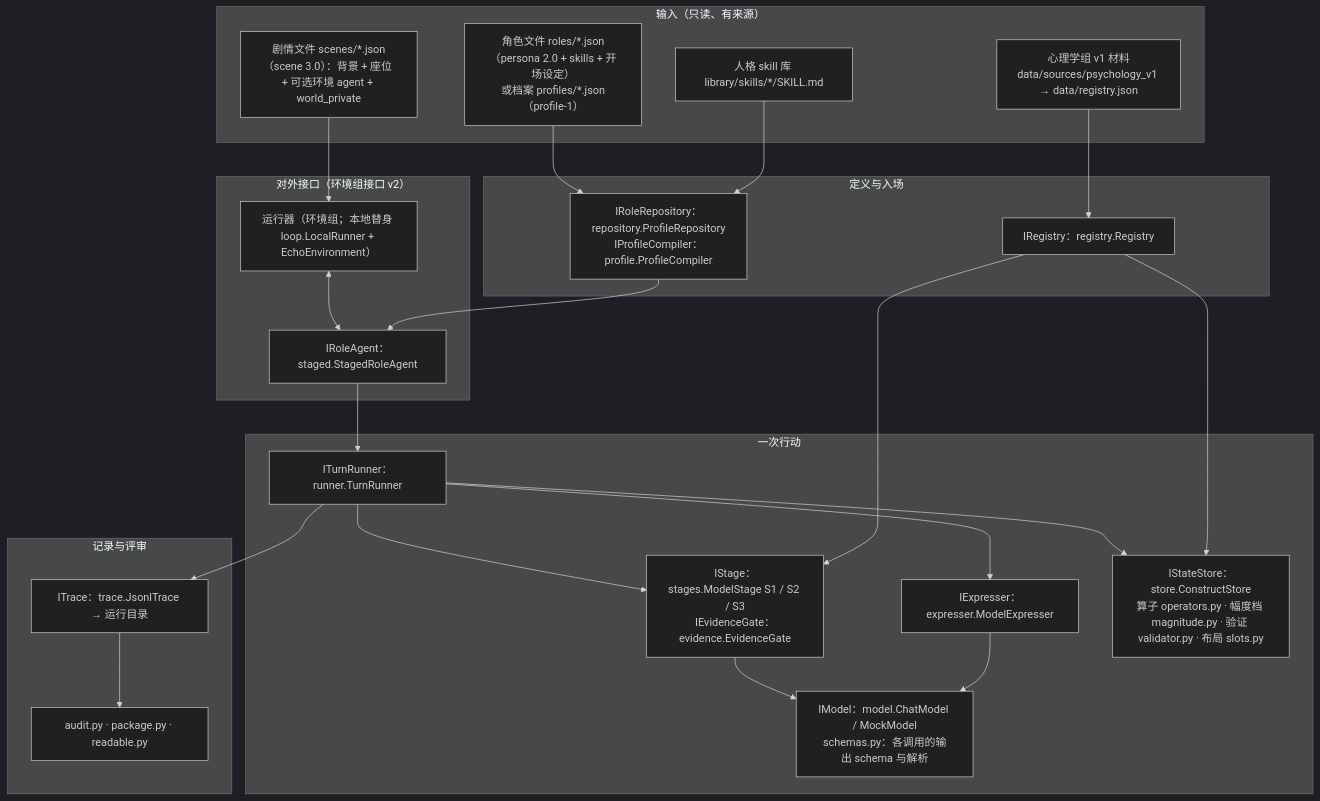
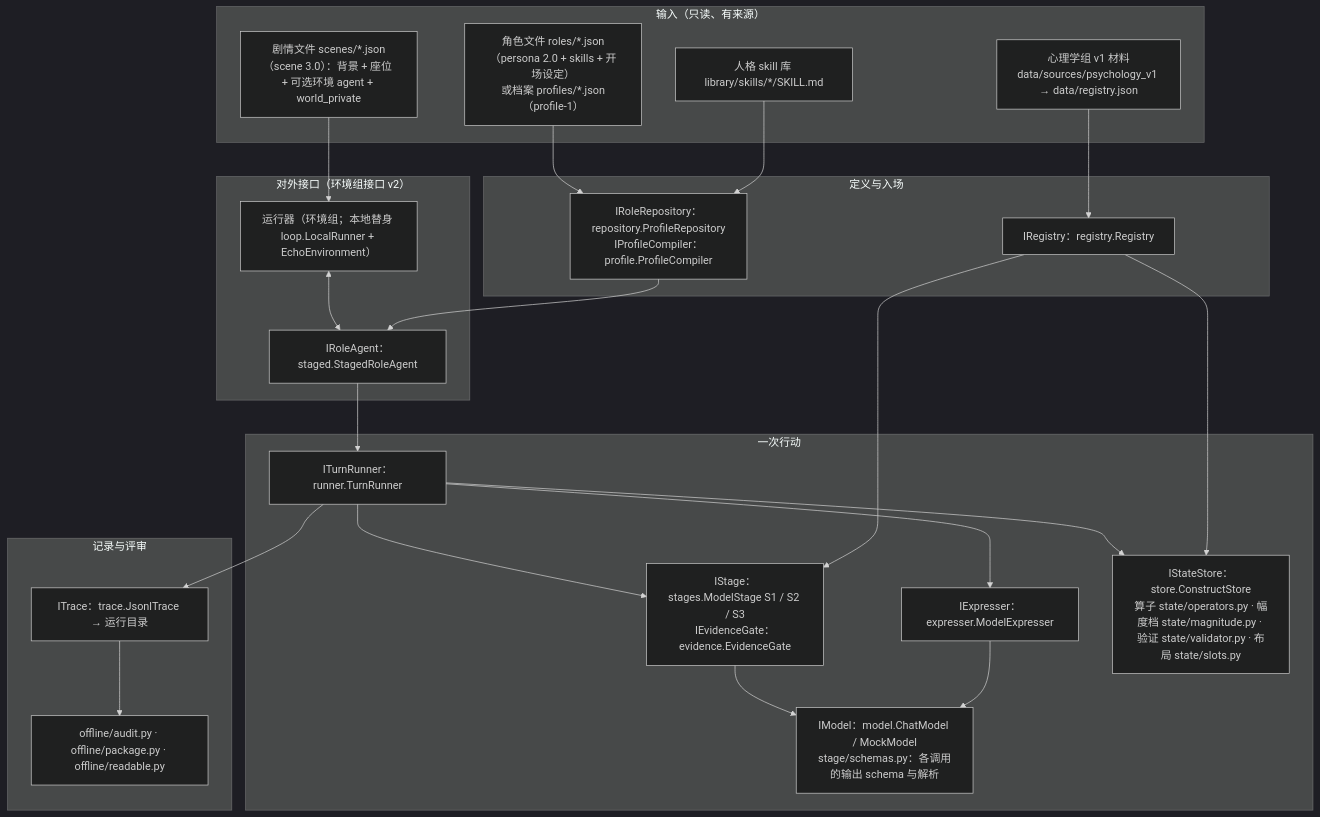
Before and after one commit to piersalei/RoleSimulationFramework: the diagram in docs/07-architecture.md, drawn with Mermaid (dark theme). The commit also changed other lines of this file and 66 other files, not shown here.

````diff
--- a/docs/07-architecture.md
+++ b/docs/07-architecture.md
@@ -13,40 +13,40 @@
 ```mermaid
 flowchart TB
   subgraph IN["输入（只读、有来源）"]
     PSY["心理学组 v1 材料<br/>data/sources/psychology_v1 → data/registry.json"]
     ROLE["角色文件 roles/*.json（persona 2.0 + skills + 开场设定）<br/>或档案 profiles/*.json（profile-1）"]
     SKL["人格 skill 库 library/skills/*/SKILL.md"]
     SCN["剧情文件 scenes/*.json（scene 3.0）：背景 + 座位 + 可选环境 agent + world_private"]
   end
   subgraph EXT["对外接口（环境组接口 v2）"]
     RUN["运行器（环境组；本地替身 loop.LocalRunner + EchoEnvironment）"]
     AG["IRoleAgent：staged.StagedRoleAgent"]
   end
   subgraph CORE["一次行动"]
     TR["ITurnRunner：runner.TurnRunner"]
     ST["IStage：stages.ModelStage S1 / S2 / S3<br/>IEvidenceGate：evidence.EvidenceGate"]
     EX["IExpresser：expresser.ModelExpresser"]
-    MD["IModel：model.ChatModel / MockModel<br/>schemas.py：各调用的输出 schema 与解析"]
-    SS["IStateStore：store.ConstructStore<br/>算子 operators.py · 幅度档 magnitude.py · 验证 validator.py · 布局 slots.py"]
+    MD["IModel：model.ChatModel / MockModel<br/>stage/schemas.py：各调用的输出 schema 与解析"]
+    SS["IStateStore：store.ConstructStore<br/>算子 state/operators.py · 幅度档 state/magnitude.py · 验证 state/validator.py · 布局 state/slots.py"]
   end
   subgraph DEF["定义与入场"]
     REG["IRegistry：registry.Registry"]
     REP["IRoleRepository：repository.ProfileRepository<br/>IProfileCompiler：profile.ProfileCompiler"]
   end
   subgraph OUT["记录与评审"]
     TRACE["ITrace：trace.JsonlTrace → 运行目录"]
-    AUD["audit.py · package.py · readable.py"]
+    AUD["offline/audit.py · offline/package.py · offline/readable.py"]
   end
   PSY --> REG
   ROLE --> REP
   SKL --> REP
   SCN --> RUN
   RUN <--> AG --> TR
   REP --> AG
   TR --> ST --> MD
   TR --> EX --> MD
   TR --> SS
   REG --> ST
   REG --> SS
   TR --> TRACE --> AUD
 ```
````
